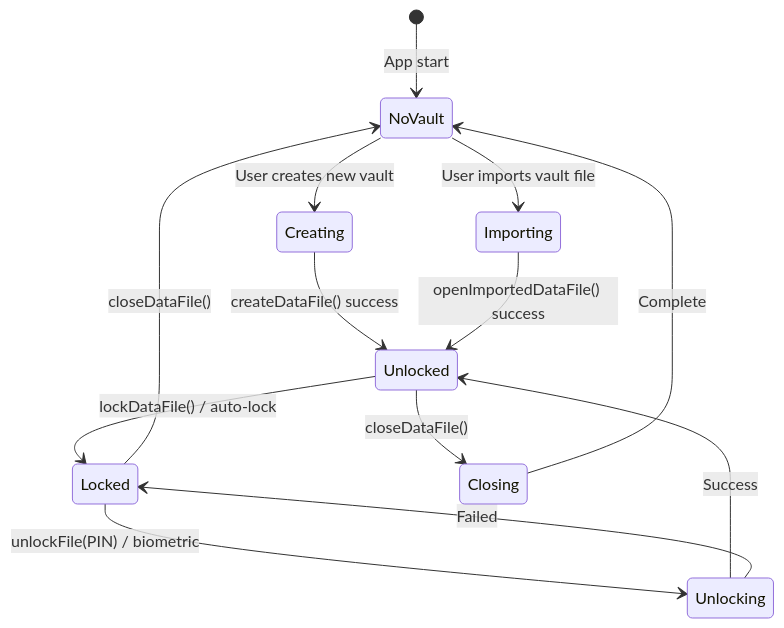
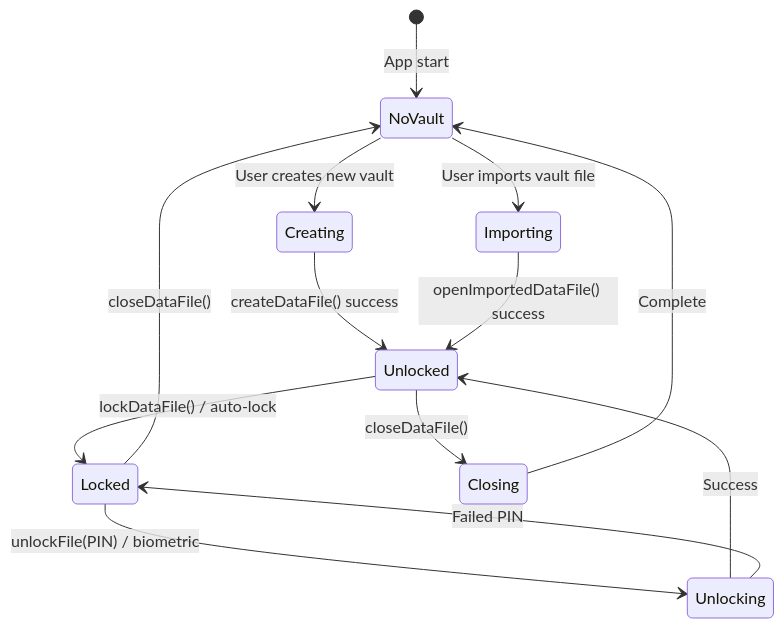
The first of 6 diagrams in openwiki/architecture/data-flow.md (chansoo1280/KIYO), drawn with Mermaid before and after one commit. The commit also changed other lines of this file and 94 other files, not shown here.

````diff
--- a/openwiki/architecture/data-flow.md
+++ b/openwiki/architecture/data-flow.md
@@ -13,15 +14,15 @@
 ```mermaid
 stateDiagram-v2
     [*] --> NoVault: App start
     NoVault --> Creating: User creates new vault
     NoVault --> Importing: User imports vault file
     Creating --> Unlocked: createDataFile() success
     Importing --> Unlocked: openImportedDataFile() success
     Unlocked --> Locked: lockDataFile() / auto-lock
     Unlocked --> Closing: closeDataFile()
     Locked --> Unlocking: unlockFile(PIN) / biometric
     Unlocking --> Unlocked: Success
-    Unlocking --> Locked: Failed
+    Unlocking --> Locked: Failed PIN
     Closing --> NoVault: Complete
     Locked --> NoVault: closeDataFile()
 ```
````
